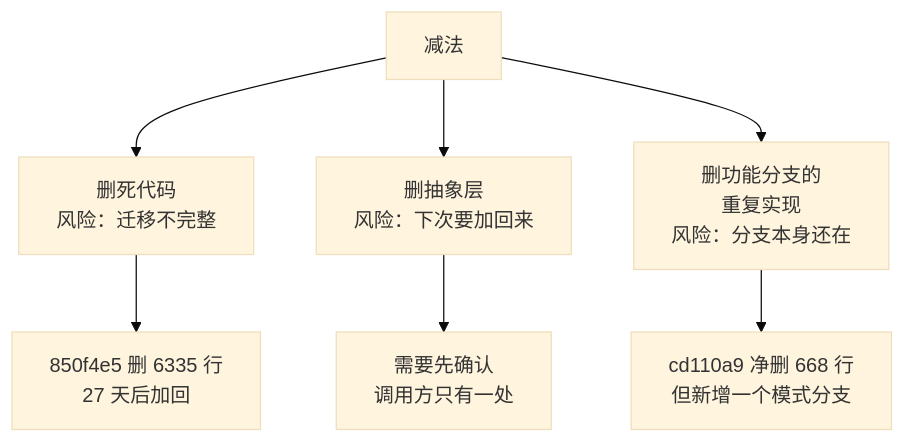
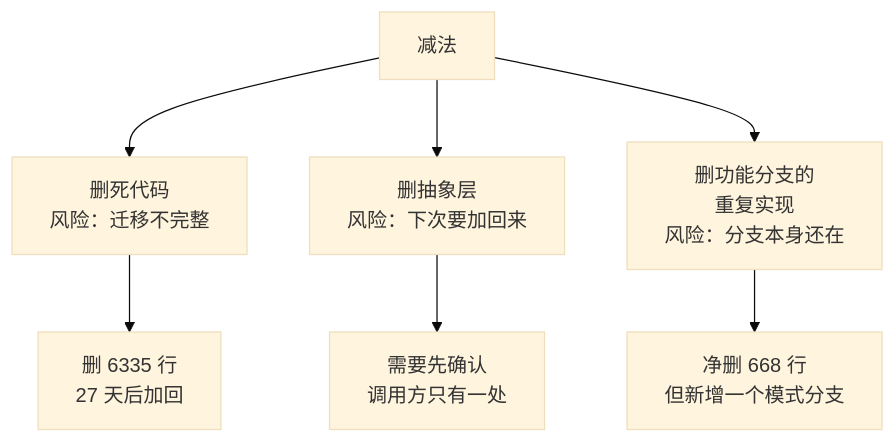
The fifth of 5 diagrams in source/_posts/Systems/Dev-Practice/2026-11-20 KISS 与 YAGNI：可逆的复杂度.md (Hespethorn/Hespethorn.github.io), drawn with Mermaid (base theme) before and after one commit. The commit also changed other lines of this file and 1 other file, not shown here.

````diff
--- a/source/_posts/Systems/Dev-Practice/2026-11-20 KISS 与 YAGNI：可逆的复杂度.md
+++ b/source/_posts/Systems/Dev-Practice/2026-11-20 KISS 与 YAGNI：可逆的复杂度.md
@@ -229,10 +231,10 @@
 ```mermaid
 flowchart TB
     S["减法"]
     S --> A["删死代码<br/>风险：迁移不完整"]
     S --> B["删抽象层<br/>风险：下次要加回来"]
     S --> C["删功能分支的<br/>重复实现<br/>风险：分支本身还在"]
-    A --> A1["850f4e5 删 6335 行<br/>27 天后加回"]
+    A --> A1["删 6335 行<br/>27 天后加回"]
     B --> B1["需要先确认<br/>调用方只有一处"]
-    C --> C1["cd110a9 净删 668 行<br/>但新增一个模式分支"]
+    C --> C1["净删 668 行<br/>但新增一个模式分支"]
 ```
````
